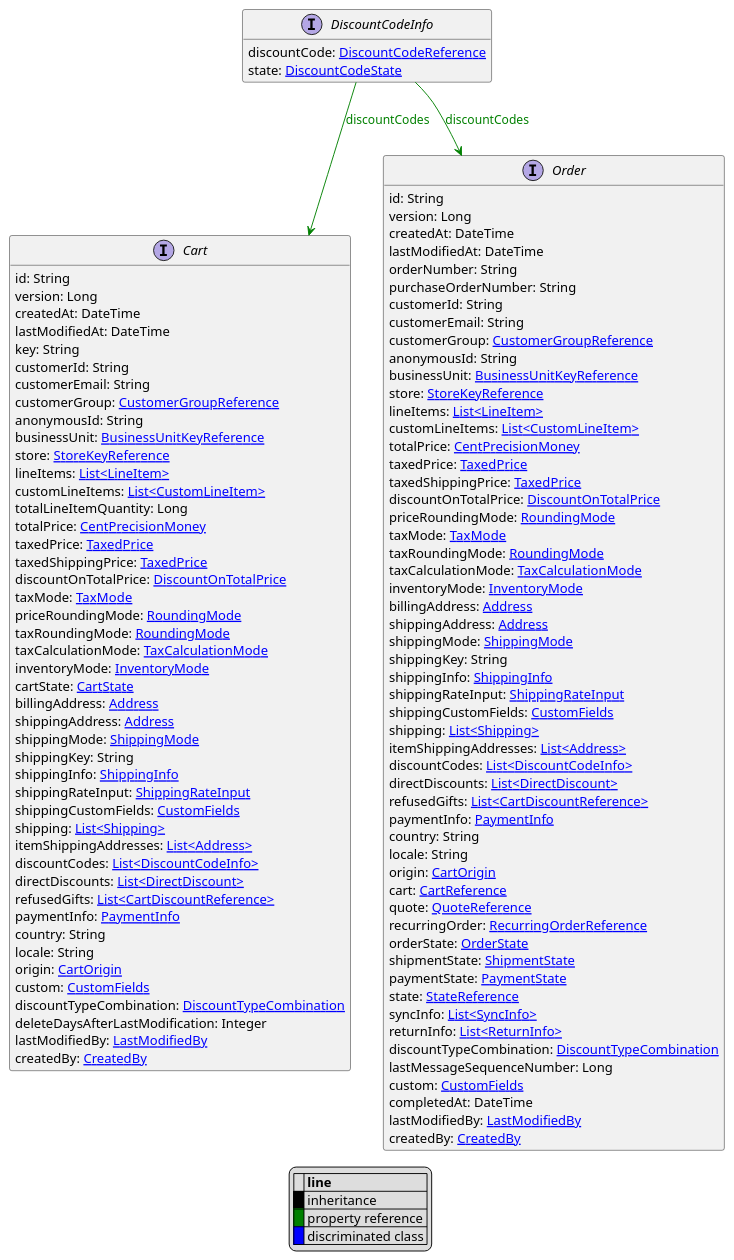
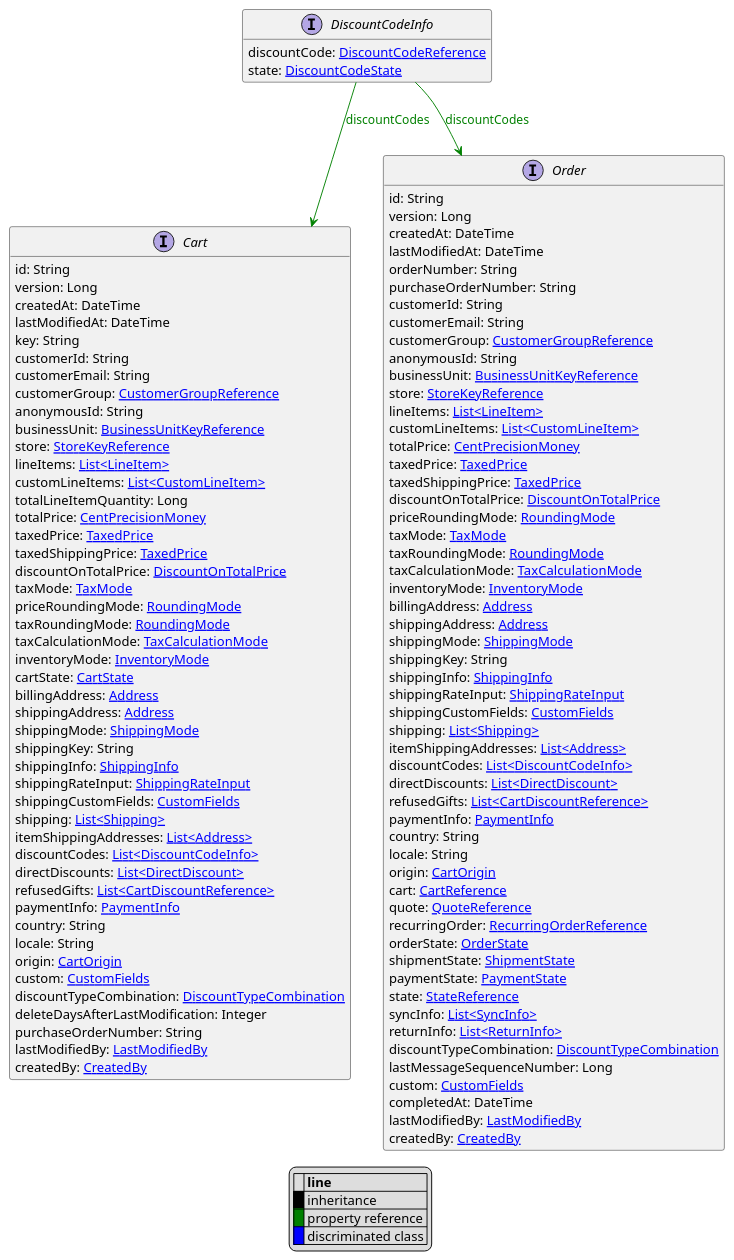
One commit to commercetools/commercetools-api-reference changed the diagram in uml/api/DiscountCodeInfo.puml. Above: the diagram before and after it, drawn with PlantUML. The commit also changed 132 other files, not shown here.

```diff
--- a/uml/api/DiscountCodeInfo.puml
+++ b/uml/api/DiscountCodeInfo.puml
@@ -1,124 +1,125 @@
 @startuml
 
 hide empty fields
 hide empty methods
 legend
 |= |= line |
 |<back:black>   </back>| inheritance |
 |<back:green>   </back>| property reference |
 |<back:blue>   </back>| discriminated class |
 endlegend
 interface DiscountCodeInfo [[DiscountCodeInfo.svg]]  {
     discountCode: [[DiscountCodeReference.svg DiscountCodeReference]]
     state: [[DiscountCodeState.svg DiscountCodeState]]
 }
 
 
 
 interface Cart [[Cart.svg]]  {
     id: String
     version: Long
     createdAt: DateTime
     lastModifiedAt: DateTime
     key: String
     customerId: String
     customerEmail: String
     customerGroup: [[CustomerGroupReference.svg CustomerGroupReference]]
     anonymousId: String
     businessUnit: [[BusinessUnitKeyReference.svg BusinessUnitKeyReference]]
     store: [[StoreKeyReference.svg StoreKeyReference]]
     lineItems: [[LineItem.svg List<LineItem>]]
     customLineItems: [[CustomLineItem.svg List<CustomLineItem>]]
     totalLineItemQuantity: Long
     totalPrice: [[CentPrecisionMoney.svg CentPrecisionMoney]]
     taxedPrice: [[TaxedPrice.svg TaxedPrice]]
     taxedShippingPrice: [[TaxedPrice.svg TaxedPrice]]
     discountOnTotalPrice: [[DiscountOnTotalPrice.svg DiscountOnTotalPrice]]
     taxMode: [[TaxMode.svg TaxMode]]
     priceRoundingMode: [[RoundingMode.svg RoundingMode]]
     taxRoundingMode: [[RoundingMode.svg RoundingMode]]
     taxCalculationMode: [[TaxCalculationMode.svg TaxCalculationMode]]
     inventoryMode: [[InventoryMode.svg InventoryMode]]
     cartState: [[CartState.svg CartState]]
     billingAddress: [[Address.svg Address]]
     shippingAddress: [[Address.svg Address]]
     shippingMode: [[ShippingMode.svg ShippingMode]]
     shippingKey: String
     shippingInfo: [[ShippingInfo.svg ShippingInfo]]
     shippingRateInput: [[ShippingRateInput.svg ShippingRateInput]]
     shippingCustomFields: [[CustomFields.svg CustomFields]]
     shipping: [[Shipping.svg List<Shipping>]]
     itemShippingAddresses: [[Address.svg List<Address>]]
     discountCodes: [[DiscountCodeInfo.svg List<DiscountCodeInfo>]]
     directDiscounts: [[DirectDiscount.svg List<DirectDiscount>]]
     refusedGifts: [[CartDiscountReference.svg List<CartDiscountReference>]]
     paymentInfo: [[PaymentInfo.svg PaymentInfo]]
     country: String
     locale: String
     origin: [[CartOrigin.svg CartOrigin]]
     custom: [[CustomFields.svg CustomFields]]
     discountTypeCombination: [[DiscountTypeCombination.svg DiscountTypeCombination]]
     deleteDaysAfterLastModification: Integer
+    purchaseOrderNumber: String
     lastModifiedBy: [[LastModifiedBy.svg LastModifiedBy]]
     createdBy: [[CreatedBy.svg CreatedBy]]
 }
 interface Order [[Order.svg]]  {
     id: String
     version: Long
     createdAt: DateTime
     lastModifiedAt: DateTime
     orderNumber: String
     purchaseOrderNumber: String
     customerId: String
     customerEmail: String
     customerGroup: [[CustomerGroupReference.svg CustomerGroupReference]]
     anonymousId: String
     businessUnit: [[BusinessUnitKeyReference.svg BusinessUnitKeyReference]]
     store: [[StoreKeyReference.svg StoreKeyReference]]
     lineItems: [[LineItem.svg List<LineItem>]]
     customLineItems: [[CustomLineItem.svg List<CustomLineItem>]]
     totalPrice: [[CentPrecisionMoney.svg CentPrecisionMoney]]
     taxedPrice: [[TaxedPrice.svg TaxedPrice]]
     taxedShippingPrice: [[TaxedPrice.svg TaxedPrice]]
     discountOnTotalPrice: [[DiscountOnTotalPrice.svg DiscountOnTotalPrice]]
     priceRoundingMode: [[RoundingMode.svg RoundingMode]]
     taxMode: [[TaxMode.svg TaxMode]]
     taxRoundingMode: [[RoundingMode.svg RoundingMode]]
     taxCalculationMode: [[TaxCalculationMode.svg TaxCalculationMode]]
     inventoryMode: [[InventoryMode.svg InventoryMode]]
     billingAddress: [[Address.svg Address]]
     shippingAddress: [[Address.svg Address]]
     shippingMode: [[ShippingMode.svg ShippingMode]]
     shippingKey: String
     shippingInfo: [[ShippingInfo.svg ShippingInfo]]
     shippingRateInput: [[ShippingRateInput.svg ShippingRateInput]]
     shippingCustomFields: [[CustomFields.svg CustomFields]]
     shipping: [[Shipping.svg List<Shipping>]]
     itemShippingAddresses: [[Address.svg List<Address>]]
     discountCodes: [[DiscountCodeInfo.svg List<DiscountCodeInfo>]]
     directDiscounts: [[DirectDiscount.svg List<DirectDiscount>]]
     refusedGifts: [[CartDiscountReference.svg List<CartDiscountReference>]]
     paymentInfo: [[PaymentInfo.svg PaymentInfo]]
     country: String
     locale: String
     origin: [[CartOrigin.svg CartOrigin]]
     cart: [[CartReference.svg CartReference]]
     quote: [[QuoteReference.svg QuoteReference]]
     recurringOrder: [[RecurringOrderReference.svg RecurringOrderReference]]
     orderState: [[OrderState.svg OrderState]]
     shipmentState: [[ShipmentState.svg ShipmentState]]
     paymentState: [[PaymentState.svg PaymentState]]
     state: [[StateReference.svg StateReference]]
     syncInfo: [[SyncInfo.svg List<SyncInfo>]]
     returnInfo: [[ReturnInfo.svg List<ReturnInfo>]]
     discountTypeCombination: [[DiscountTypeCombination.svg DiscountTypeCombination]]
     lastMessageSequenceNumber: Long
     custom: [[CustomFields.svg CustomFields]]
     completedAt: DateTime
     lastModifiedBy: [[LastModifiedBy.svg LastModifiedBy]]
     createdBy: [[CreatedBy.svg CreatedBy]]
 }
 
 DiscountCodeInfo --> Cart #green;text:green : "discountCodes"
 DiscountCodeInfo --> Order #green;text:green : "discountCodes"
 @enduml
```
